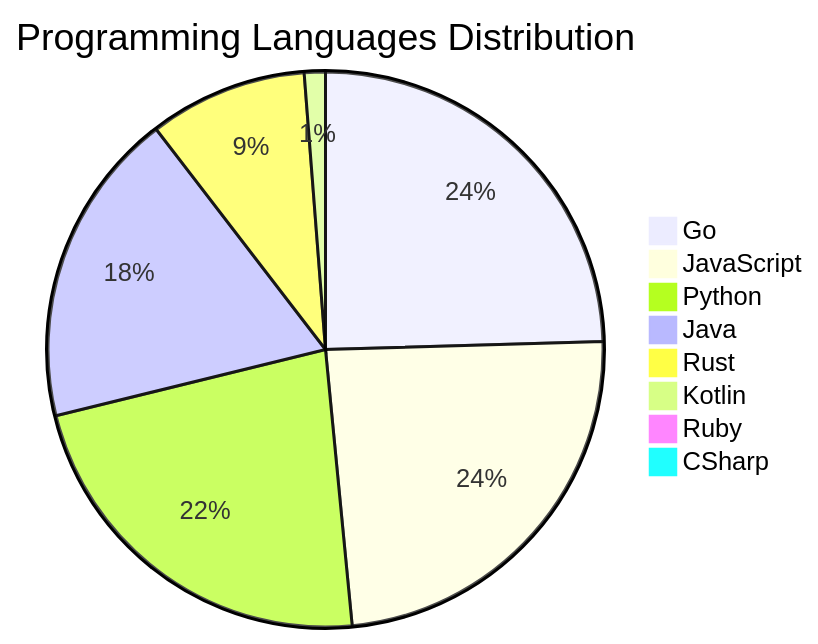
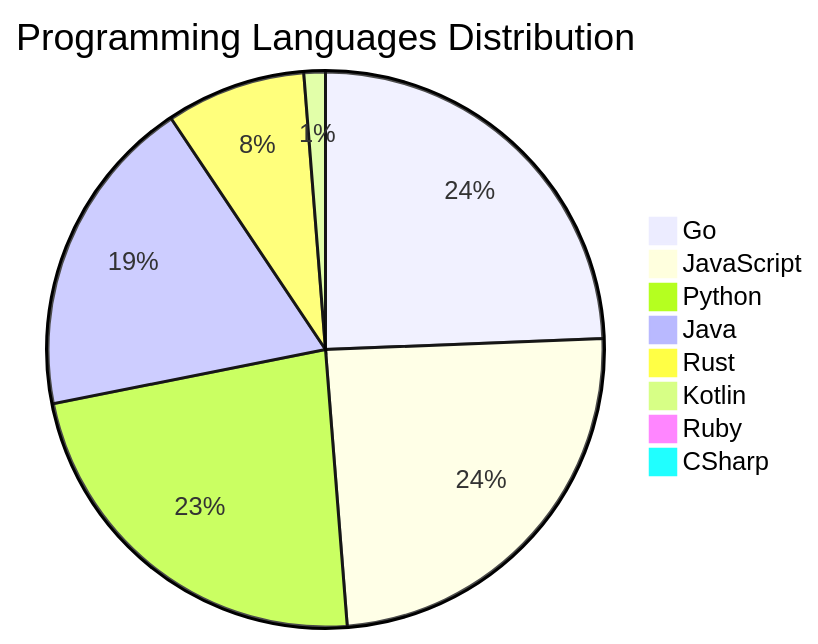
The diagram in README.md (Derrick-MUGISHA/github-activity-bot), drawn with Mermaid before and after one commit. The commit also changed other lines of this file and 4 other files, not shown here.

````diff
--- a/README.md
+++ b/README.md
@@ -209,11 +209,11 @@
 ```mermaid
 pie title Programming Languages Distribution
-    "Go" : 40
+    "Go" : 39
     "JavaScript" : 39
     "Python" : 37
     "Java" : 30
-    "Rust" : 15
+    "Rust" : 13
     "Kotlin" : 2
     "Ruby" : 1
     "CSharp" : 1
 ```
````
